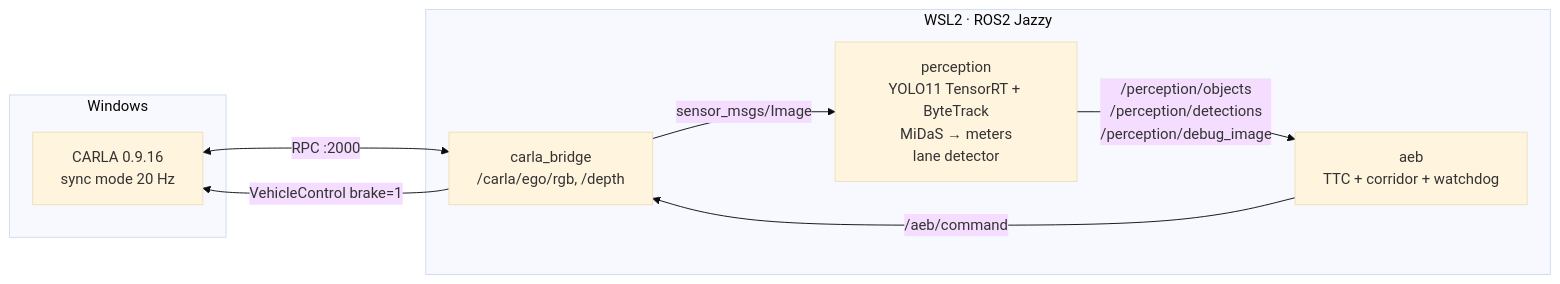
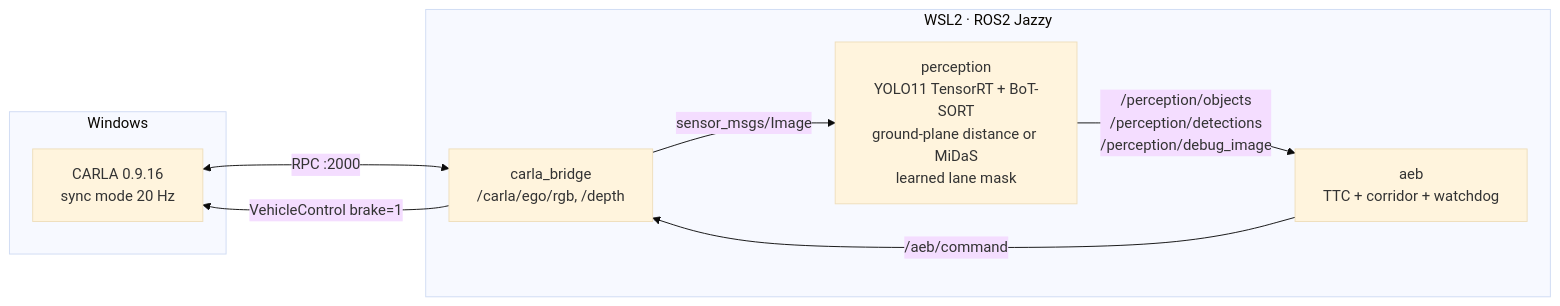
The diagram in README.md (adhi2801/aiml-04-perception-stack), drawn with Mermaid (base theme) before and after one commit. The commit also changed other lines of this file and 22 other files, not shown here.

````diff
--- a/README.md
+++ b/README.md
@@ -104,16 +117,16 @@
 ```mermaid
 flowchart LR
   subgraph Windows
     C[CARLA 0.9.16<br/>sync mode 20 Hz]
   end
   subgraph WSL2["WSL2 · ROS2 Jazzy"]
     B[carla_bridge<br/>/carla/ego/rgb, /depth]
-    P[perception<br/>YOLO11 TensorRT + ByteTrack<br/>MiDaS → meters<br/>lane detector]
+    P[perception<br/>YOLO11 TensorRT + BoT-SORT<br/>ground-plane distance or MiDaS<br/>learned lane mask]
     A[aeb<br/>TTC + corridor + watchdog]
   end
   C <-->|RPC :2000| B
   B -->|sensor_msgs/Image| P
   P -->|/perception/objects<br/>/perception/detections<br/>/perception/debug_image| A
   A -->|/aeb/command| B
   B -->|VehicleControl brake=1| C
 ```
````
